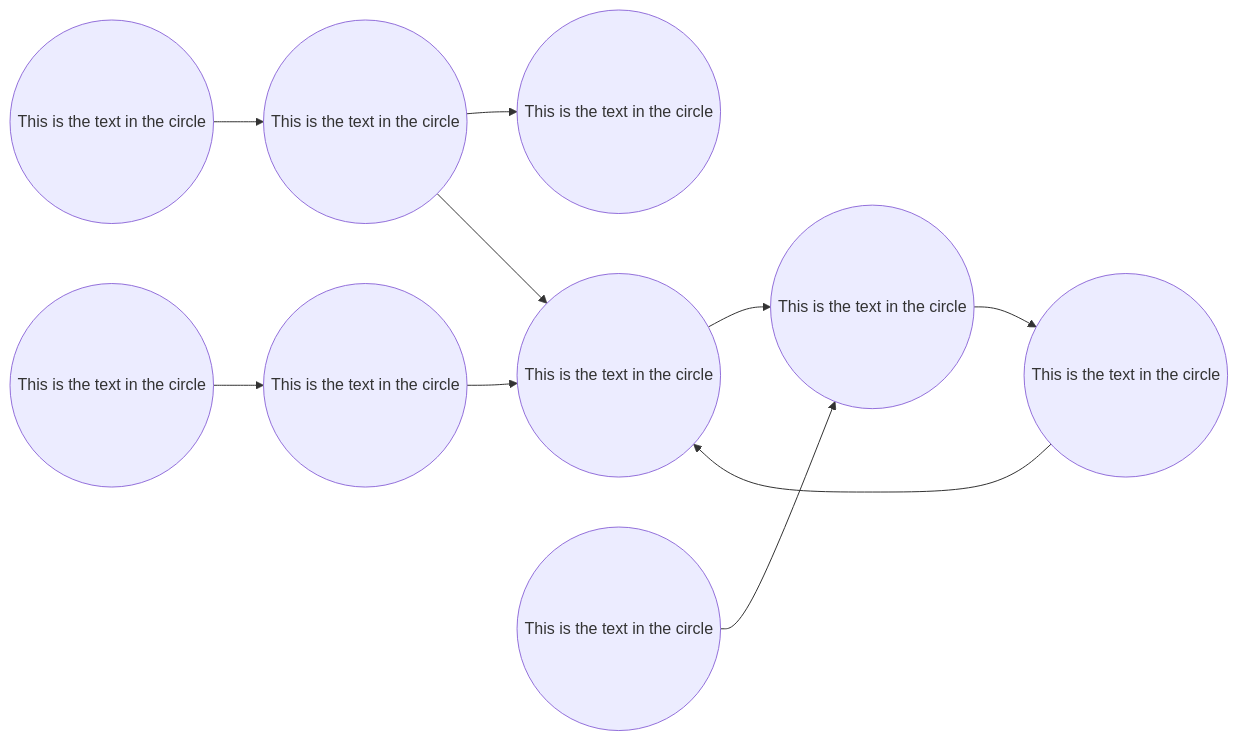
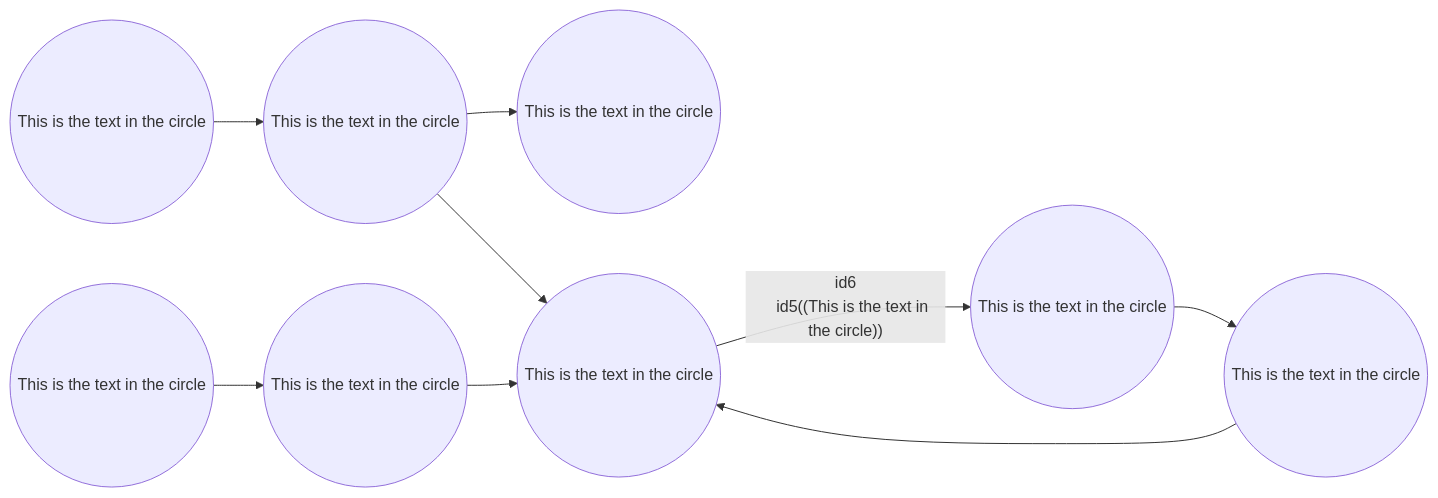
Before and after one commit to gerbssusd/dok: the second of 2 diagrams in slides.md, drawn with Mermaid.

````diff
--- a/slides.md
+++ b/slides.md
@@ -499,14 +499,14 @@
 ```mermaid {scale: .60}
 
 flowchart LR
     id1((This is the text in the circle)) -->
     id2((This is the text in the circle)) -->
     id3((This is the text in the circle))
        id3.1((This is the text in the circle))-->
        id3.2((This is the text in the circle))-->id4
-   id2 --> id4((This is the text in the circle)) -->id6
+   id2 --> id4((This is the text in the circle)) --id6
     id5((This is the text in the circle)) -->
     id6((This is the text in the circle)) -->id7-->id4
     id7((This is the text in the circle))
 
 ```
````
